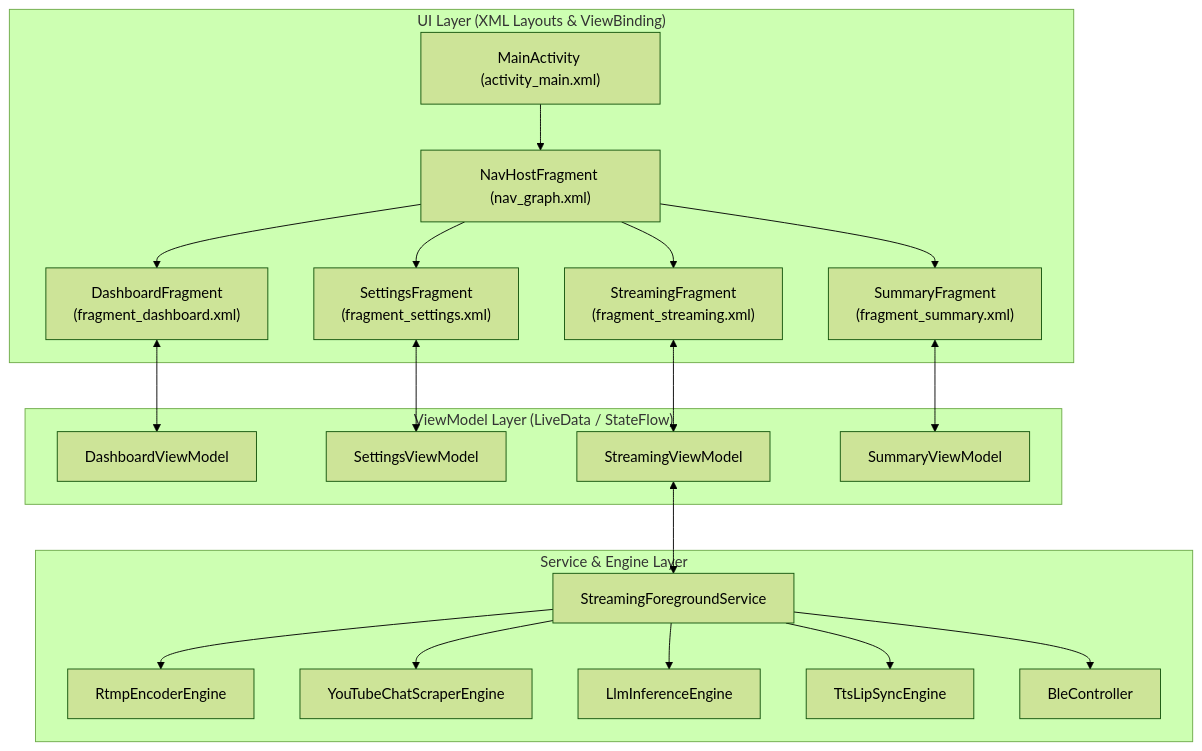
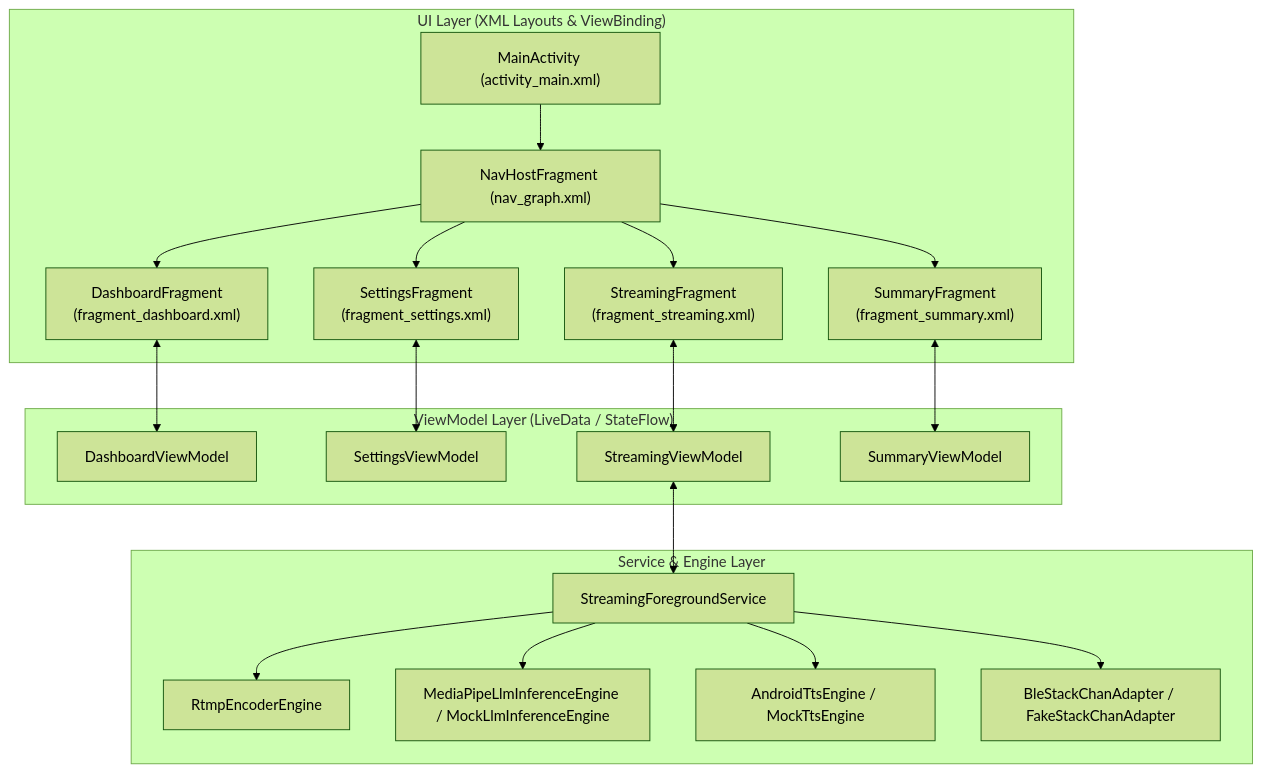
One commit to pandapan-cute/StackCast changed the diagram in android/docs/03_詳細設計/コンポーネント一覧.md. Above: the diagram before and after it, drawn with Mermaid (forest theme). The commit also changed other lines of this file and 6 other files, not shown here.

````diff
--- a/android/docs/03_詳細設計/コンポーネント一覧.md
+++ b/android/docs/03_詳細設計/コンポーネント一覧.md
@@ -12,46 +12,44 @@
 ```mermaid
 flowchart TD
     subgraph UI Layer["UI Layer (XML Layouts & ViewBinding)"]
         Activity["MainActivity (activity_main.xml)"]
         NavHost["NavHostFragment (nav_graph.xml)"]
         
         DashboardFragment["DashboardFragment\n(fragment_dashboard.xml)"]
         SettingsFragment["SettingsFragment\n(fragment_settings.xml)"]
         StreamingFragment["StreamingFragment\n(fragment_streaming.xml)"]
         SummaryFragment["SummaryFragment\n(fragment_summary.xml)"]
 
         Activity --> NavHost
         NavHost --> DashboardFragment
         NavHost --> SettingsFragment
         NavHost --> StreamingFragment
         NavHost --> SummaryFragment
     end
 
     subgraph State Layer["ViewModel Layer (LiveData / StateFlow)"]
         DashboardVM["DashboardViewModel"]
         SettingsVM["SettingsViewModel"]
         StreamingVM["StreamingViewModel"]
         SummaryVM["SummaryViewModel"]
 
         DashboardFragment <--> DashboardVM
         SettingsFragment <--> SettingsVM
         StreamingFragment <--> StreamingVM
         SummaryFragment <--> SummaryVM
     end
 
     subgraph Service Layer["Service & Engine Layer"]
-        Service["StreamingForegroundService"]
-        RtmpEngine["RtmpEncoderEngine"]
-        YTChatEngine["YouTubeChatScraperEngine"]
-        LlmEngine["LlmInferenceEngine"]
-        TtsEngine["TtsLipSyncEngine"]
-        BleController["BleController"]
+      Service["StreamingForegroundService"]
+      RtmpEngine["RtmpEncoderEngine"]
+      LlmEngine["MediaPipeLlmInferenceEngine / MockLlmInferenceEngine"]
+      TtsEngine["AndroidTtsEngine / MockTtsEngine"]
+      BleController["BleStackChanAdapter / FakeStackChanAdapter"]
 
-        StreamingVM <--> Service
-        Service --> RtmpEngine
-        Service --> YTChatEngine
-        Service --> LlmEngine
-        Service --> TtsEngine
-        Service --> BleController
+      StreamingVM <--> Service
+      Service --> RtmpEngine
+      Service --> LlmEngine
+      Service --> TtsEngine
+      Service --> BleController
     end
 ```
````
